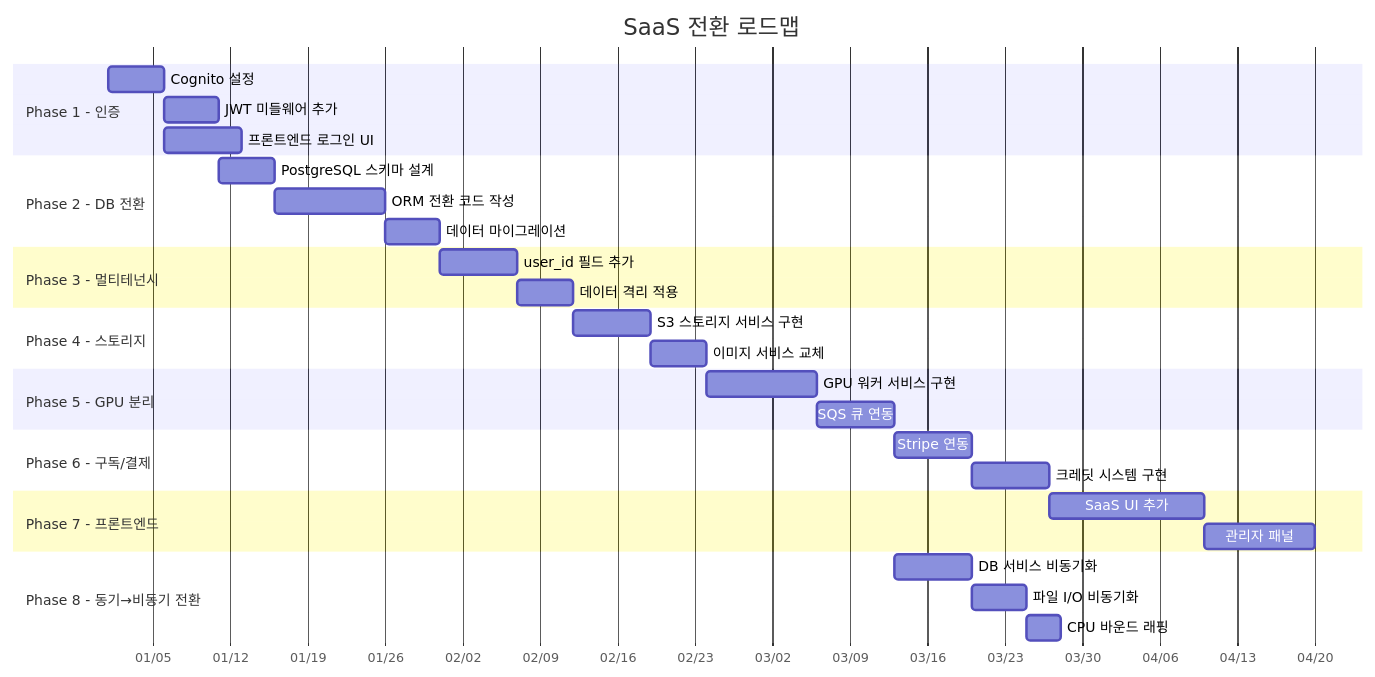
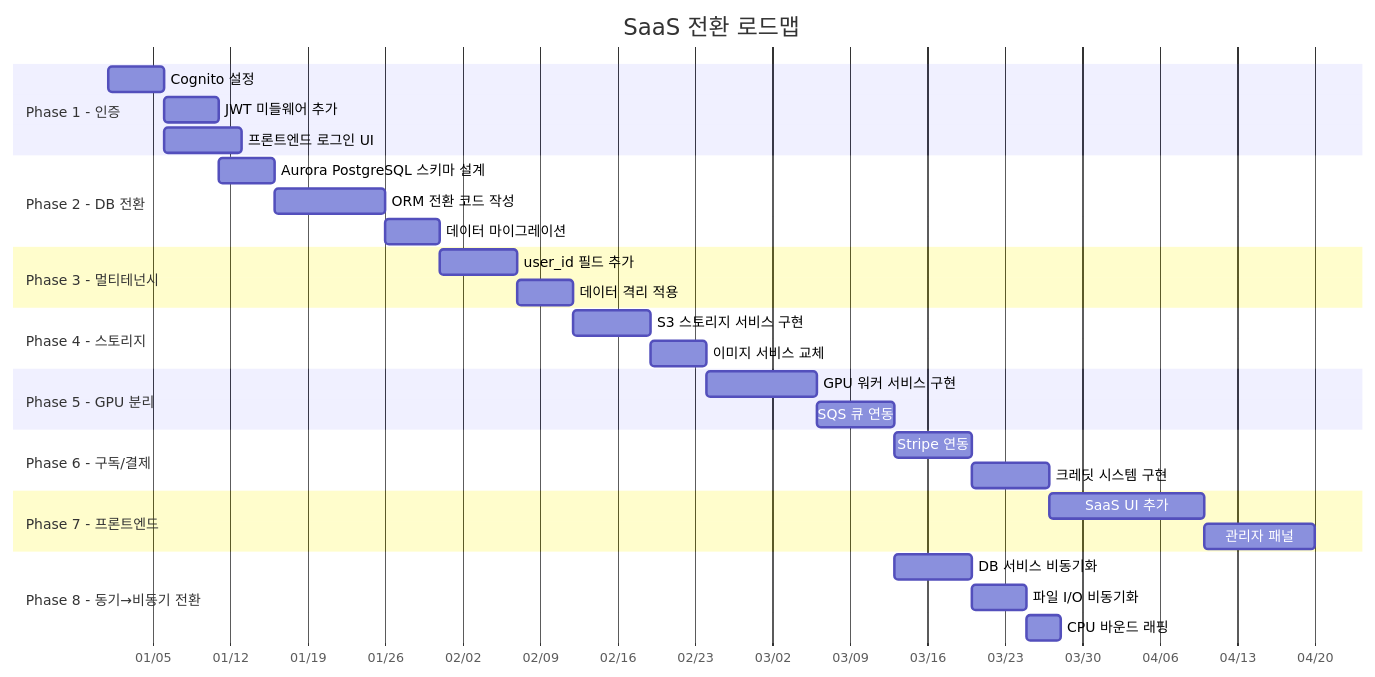
One commit to Pinksea-AI/InvokeAI changed the first of 5 diagrams in docs/saas-analysis/04_SAAS_TRANSFORMATION_GUIDE.md. Above: the diagram before and after it, drawn with Mermaid. The commit also changed other lines of this file and 1 other file, not shown here.

First line of the commit message:
docs: RDS→Aurora PostgreSQL 전환 (2차: Docs 02,04)

````diff
--- a/docs/saas-analysis/04_SAAS_TRANSFORMATION_GUIDE.md
+++ b/docs/saas-analysis/04_SAAS_TRANSFORMATION_GUIDE.md
@@ -55,41 +55,41 @@
 ```mermaid
 gantt
     title SaaS 전환 로드맵
     dateFormat YYYY-MM-DD
     axisFormat %m/%d
 
     section Phase 1 - 인증
     Cognito 설정              :p1a, 2025-01-01, 5d
     JWT 미들웨어 추가          :p1b, after p1a, 5d
     프론트엔드 로그인 UI       :p1c, after p1a, 7d
 
     section Phase 2 - DB 전환
-    PostgreSQL 스키마 설계     :p2a, after p1b, 5d
+    Aurora PostgreSQL 스키마 설계  :p2a, after p1b, 5d
     ORM 전환 코드 작성        :p2b, after p2a, 10d
     데이터 마이그레이션        :p2c, after p2b, 5d
 
     section Phase 3 - 멀티테넌시
     user_id 필드 추가          :p3a, after p2c, 7d
     데이터 격리 적용           :p3b, after p3a, 5d
 
     section Phase 4 - 스토리지
     S3 스토리지 서비스 구현    :p4a, after p3b, 7d
     이미지 서비스 교체          :p4b, after p4a, 5d
 
     section Phase 5 - GPU 분리
     GPU 워커 서비스 구현       :p5a, after p4b, 10d
     SQS 큐 연동               :p5b, after p5a, 7d
 
     section Phase 6 - 구독/결제
     Stripe 연동                :p6a, after p5b, 7d
     크레딧 시스템 구현          :p6b, after p6a, 7d
 
     section Phase 7 - 프론트엔드
     SaaS UI 추가               :p7a, after p6b, 14d
     관리자 패널                 :p7b, after p7a, 10d
 
     section Phase 8 - 동기→비동기 전환
     DB 서비스 비동기화          :p8a, after p5b, 7d
     파일 I/O 비동기화           :p8b, after p8a, 5d
     CPU 바운드 래핑             :p8c, after p8b, 3d
 ```
````
